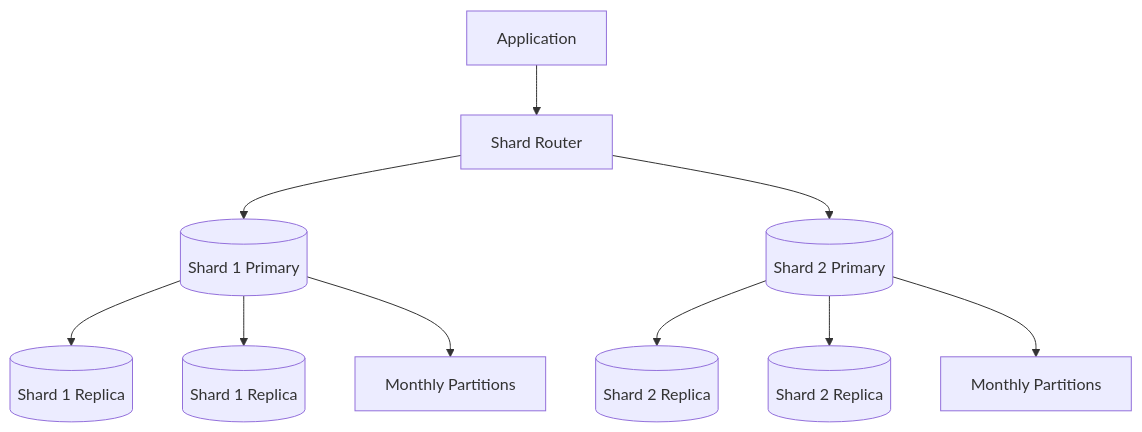
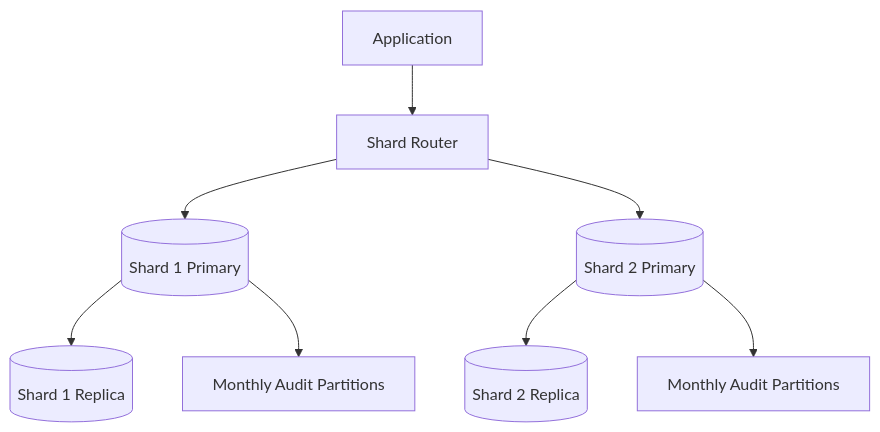
Before and after one commit to AvadhBhalodiya/Interview-Preparation: diagram 11 of 12 in src/content/databases/replication-sharding-partitioning.md, drawn with Mermaid. The commit also changed other lines of this file and 80 other files, not shown here.

````diff
--- a/src/content/databases/replication-sharding-partitioning.md
+++ b/src/content/databases/replication-sharding-partitioning.md
@@ -1229,16 +822,13 @@
 ```mermaid
 flowchart TD
-    APP[Application] --> ROUTER[Shard Router]
+    APP[Application] --> RT[Shard Router]
 
-    ROUTER --> S1P[(Shard 1 Primary)]
-    ROUTER --> S2P[(Shard 2 Primary)]
+    RT --> S1[(Shard 1 Primary)]
+    RT --> S2[(Shard 2 Primary)]
 
-    S1P --> S1R1[(Shard 1 Replica)]
-    S1P --> S1R2[(Shard 1 Replica)]
+    S1 --> R1[(Shard 1 Replica)]
+    S2 --> R2[(Shard 2 Replica)]
 
-    S2P --> S2R1[(Shard 2 Replica)]
-    S2P --> S2R2[(Shard 2 Replica)]
-
-    S1P --> P11[Monthly Partitions]
-    S2P --> P21[Monthly Partitions]
+    S1 --> P1[Monthly Audit Partitions]
+    S2 --> P2[Monthly Audit Partitions]
 ```
````
